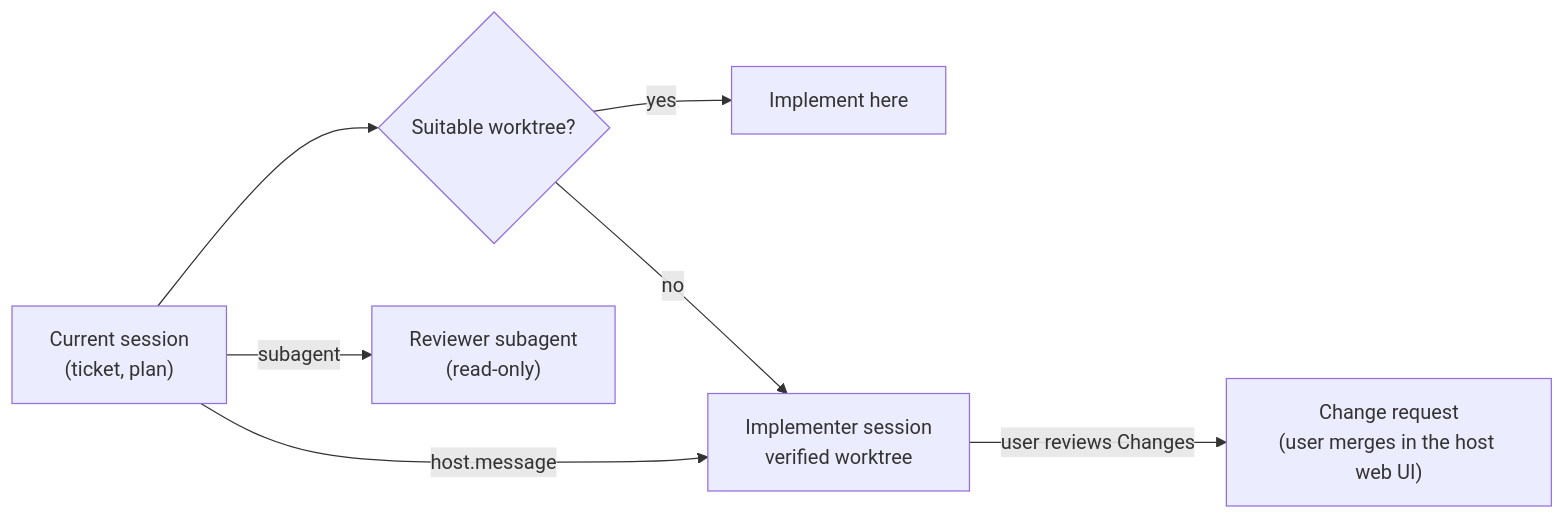
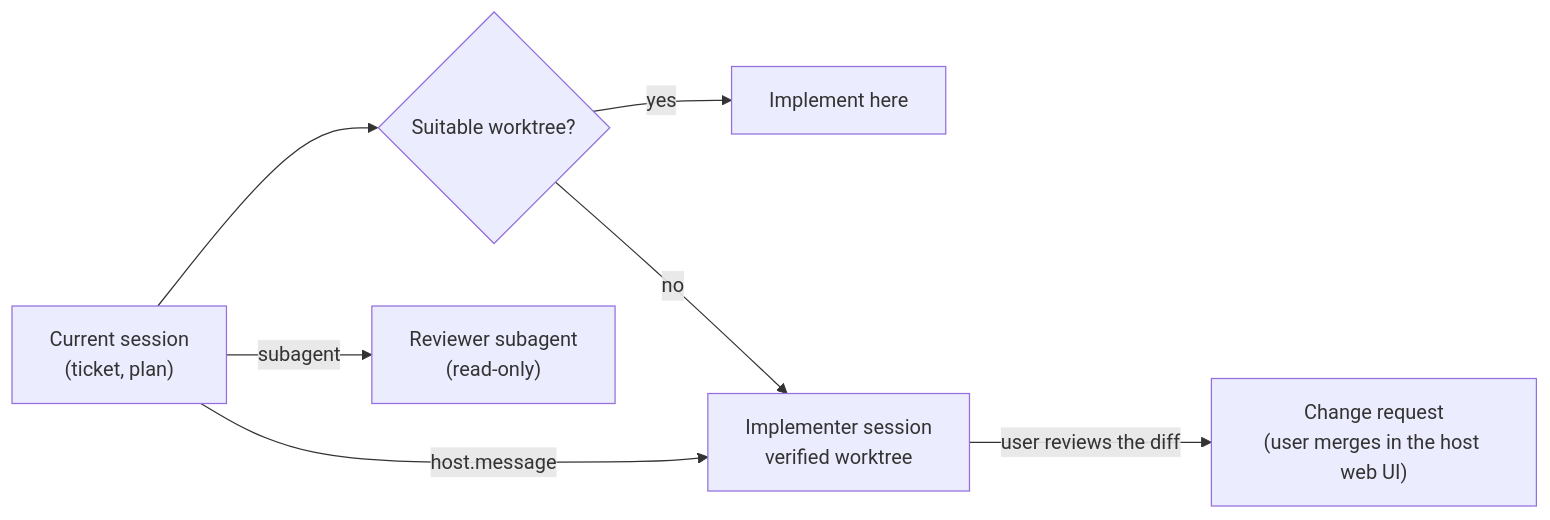
Before and after one commit to alexradunet/forge-engineering: the diagram in plugins/forge/skills/agents/SKILL.md, drawn with Mermaid. The commit also changed other lines of this file and 50 other files, not shown here.

````diff
--- a/plugins/forge/skills/agents/SKILL.md
+++ b/plugins/forge/skills/agents/SKILL.md
@@ -17,9 +16,9 @@
 ```mermaid
 flowchart LR
   lead["Current session<br/>(ticket, plan)"] --> check{"Suitable worktree?"}
   check -->|yes| reuse["Implement here"]
   check -->|no| impl["Implementer session<br/>verified worktree"]
   lead -->|subagent| rev["Reviewer subagent<br/>(read-only)"]
   lead -->|host.message| impl
-  impl -->|user reviews Changes| pr["Change request<br/>(user merges in the host web UI)"]
+  impl -->|user reviews the diff| pr["Change request<br/>(user merges in the host web UI)"]
 ```
````
